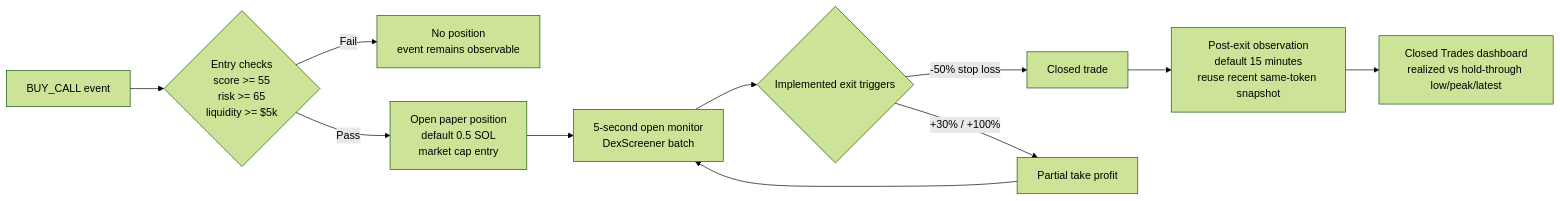
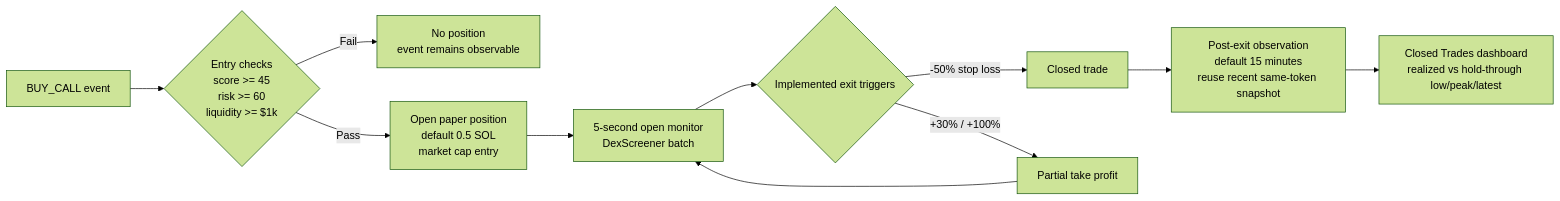
One commit to helloyeop/tg_meme changed the third of 5 diagrams in docs/CURRENT_IMPLEMENTATION_OVERVIEW.md. Above: the diagram before and after it, drawn with Mermaid (forest theme). The commit also changed other lines of this file and 15 other files, not shown here.

````diff
--- a/docs/CURRENT_IMPLEMENTATION_OVERVIEW.md
+++ b/docs/CURRENT_IMPLEMENTATION_OVERVIEW.md
@@ -79,13 +86,13 @@
 ```mermaid
 flowchart LR
-    CALL["BUY_CALL event"] --> CHECK{"Entry checks<br/>score >= 55<br/>risk >= 65<br/>liquidity >= $5k"}
+    CALL["BUY_CALL event"] --> CHECK{"Entry checks<br/>score >= 45<br/>risk >= 60<br/>liquidity >= $1k"}
     CHECK -- "Fail" --> WATCH["No position<br/>event remains observable"]
     CHECK -- "Pass" --> OPEN["Open paper position<br/>default 0.5 SOL<br/>market cap entry"]
     OPEN --> MON["5-second open monitor<br/>DexScreener batch"]
     MON --> EXIT{"Implemented exit triggers"}
     EXIT -- "-50% stop loss" --> CLOSED["Closed trade"]
     EXIT -- "+30% / +100%" --> PART["Partial take profit"]
     PART --> MON
     CLOSED --> POST["Post-exit observation<br/>default 15 minutes<br/>reuse recent same-token snapshot"]
     POST --> AUDIT["Closed Trades dashboard<br/>realized vs hold-through low/peak/latest"]
 ```
````
